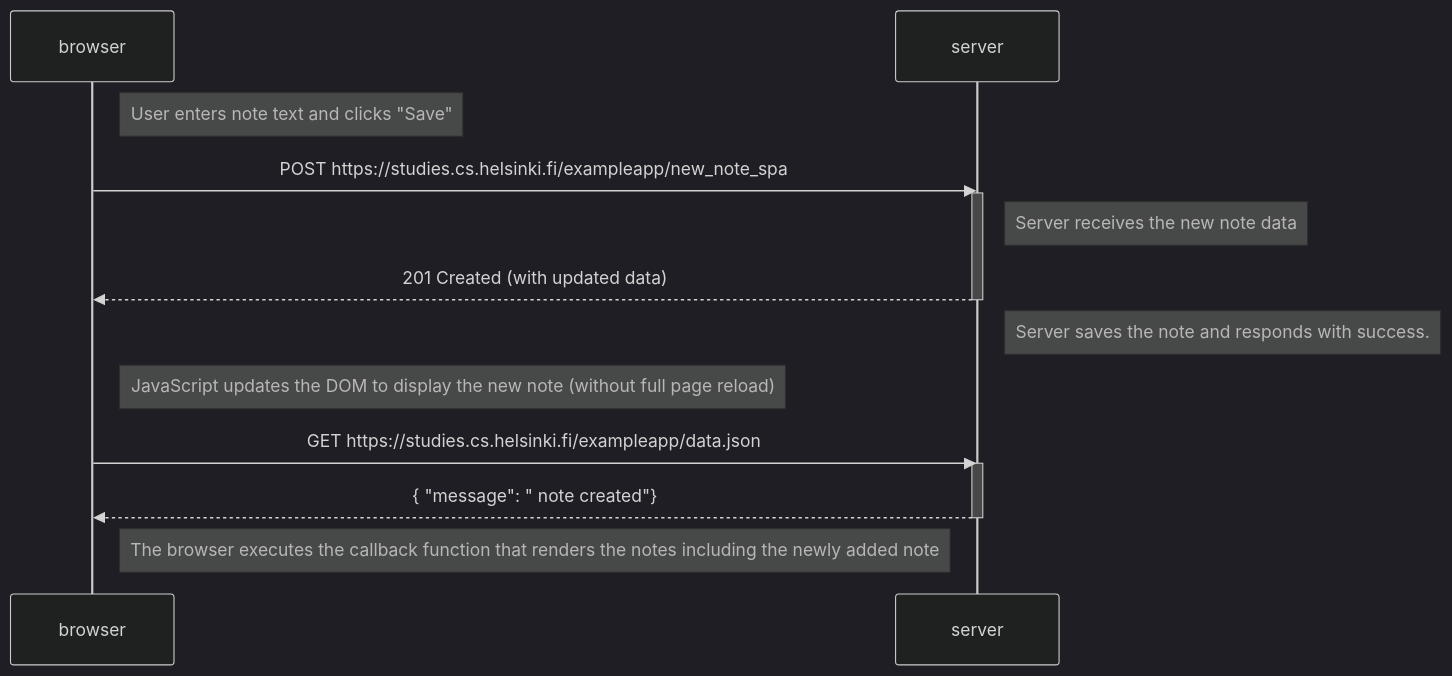
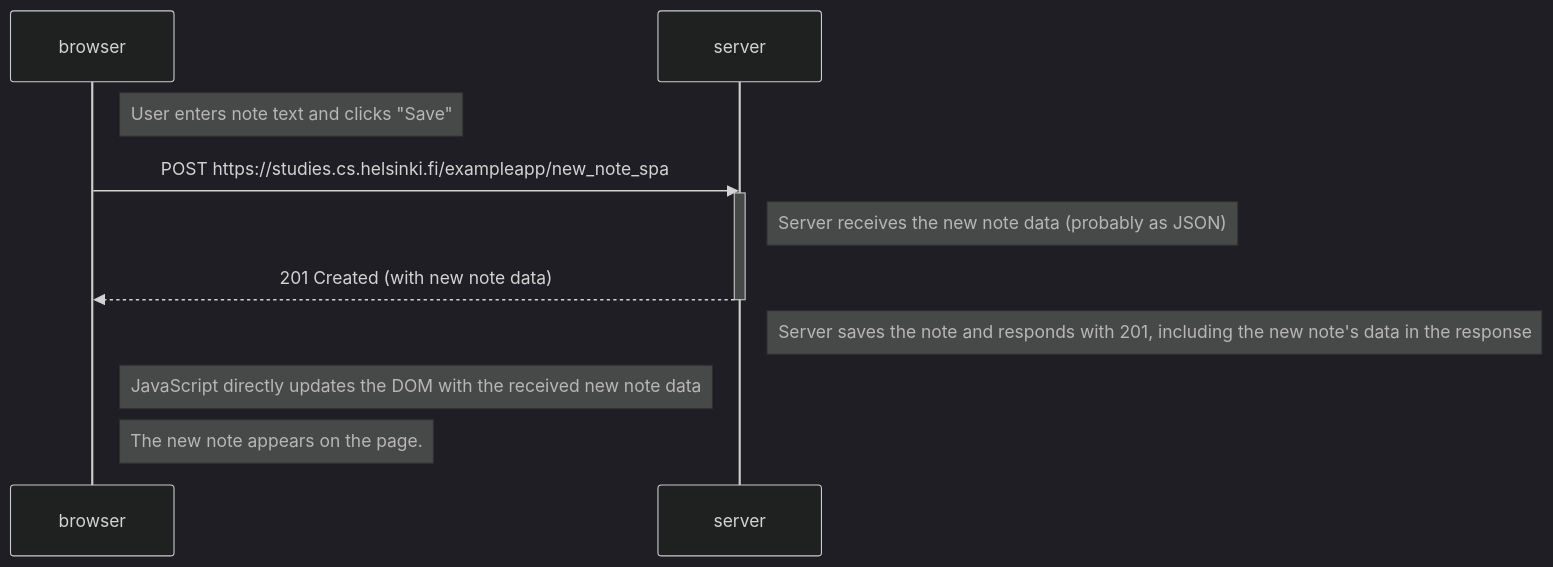
Before and after one commit to ephemeral172/FullStackOpen: the diagram in part0/Exercises 0.1-0.6/0.6 New note in Single page app diagram.md, drawn with Mermaid (dark theme).

Commit message:
Update 0.6 New note in Single page app diagram.md

````diff
--- a/part0/Exercises 0.1-0.6/0.6 New note in Single page app diagram.md
+++ b/part0/Exercises 0.1-0.6/0.6 New note in Single page app diagram.md
@@ -1,35 +3,27 @@
 ```mermaid
 
 sequenceDiagram
 
     participant browser
 
     participant server
 
     Note right of browser: User enters note text and clicks "Save"
 
     browser->>server: POST https://studies.cs.helsinki.fi/exampleapp/new_note_spa
 
     activate server
 
-    Note right of server: Server receives the new note data
+    Note right of server: Server receives the new note data (probably as JSON)
 
-    server-->>browser: 201 Created (with updated data)
+    server-->>browser: 201 Created (with new note data)
 
     deactivate server
 
-    Note right of server: Server saves the note and responds with success.
+    Note right of server: Server saves the note and responds with 201, including the new note's data in the response
 
-    Note right of browser: JavaScript updates the DOM to display the new note (without full page reload)
+    Note right of browser: JavaScript directly updates the DOM with the received new note data
 
-    browser->>server: GET https://studies.cs.helsinki.fi/exampleapp/data.json
-
-    activate server
-
-    server-->>browser: { "message": " note created"}
-
-    deactivate server
-
-    Note right of browser: The browser executes the callback function that renders the notes including the newly added note
+    Note right of browser: The new note appears on the page.
 
 ```
````
